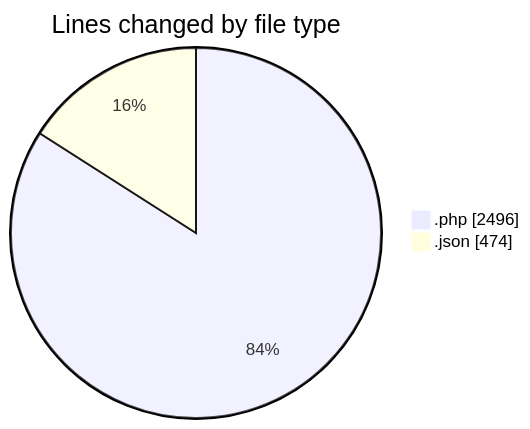
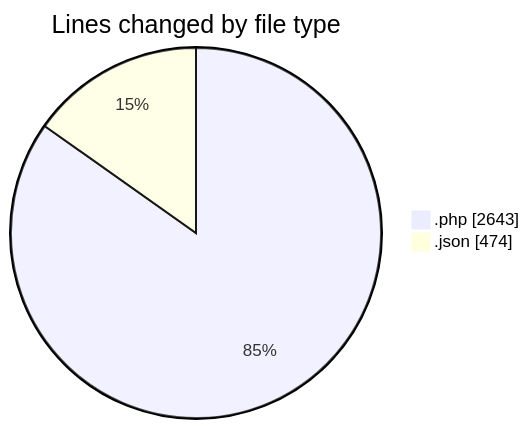
Before and after one commit to idhammustaqopulfikri/code-tracking: the first of 2 diagrams in 2025-06-22/studio-backend/README.md, drawn with Mermaid. The commit also changed other lines of this file and 1 other file, not shown here.

````diff
--- a/2025-06-22/studio-backend/README.md
+++ b/2025-06-22/studio-backend/README.md
@@ -30,6 +30,6 @@
 ```mermaid
 pie showData
 title Lines changed by file type
-".php" : 2496
+".php" : 2643
 ".json" : 474
 ```
````
